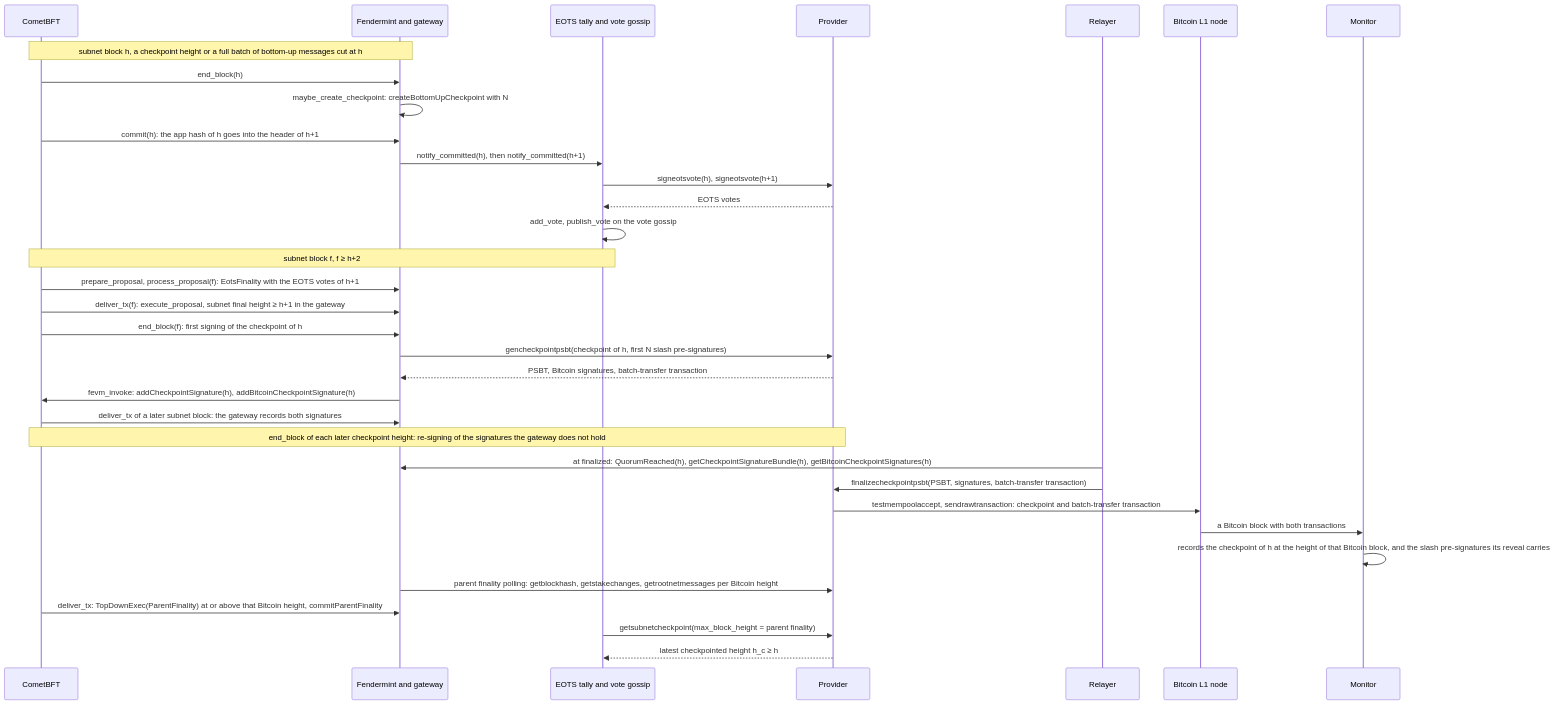
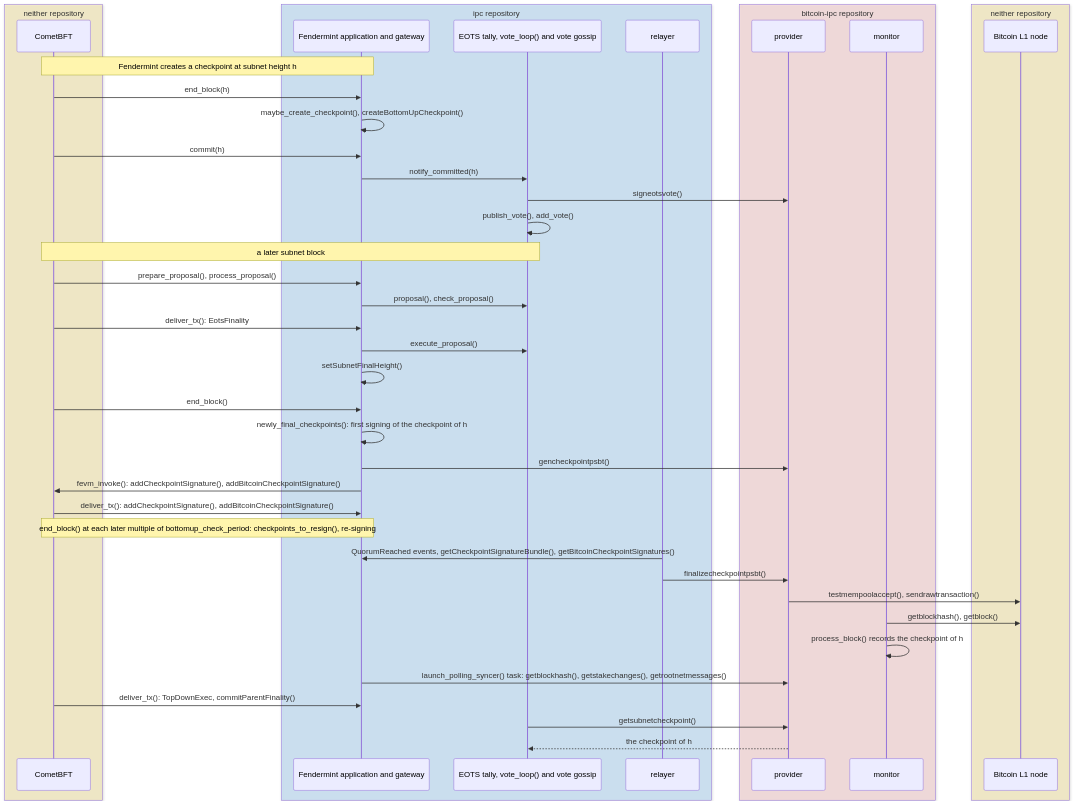
The third of 3 diagrams in docs/architecture/finality-and-checkpoints.md (bitcoinscalinglabs/bitcoin-ipc), drawn with Mermaid before and after one commit. The commit also changed other lines of this file and 96 other files, not shown here.

````diff
--- a/docs/architecture/finality-and-checkpoints.md
+++ b/docs/architecture/finality-and-checkpoints.md
@@ -93,37 +121,47 @@
 ```mermaid
 sequenceDiagram
-  participant CMT as CometBFT
-  participant APP as Fendermint and gateway
-  participant TAL as EOTS tally and vote gossip
-  participant PRV as Provider
-  participant REL as Relayer
-  participant BTC as Bitcoin L1 node
-  participant MON as Monitor
+  box rgba(255,236,153,0.4) neither repository
+    participant CMT as CometBFT
+  end
+  box rgba(165,216,255,0.4) ipc repository
+    participant APP as Fendermint application and gateway
+    participant TAL as EOTS tally, vote_loop() and vote gossip
+    participant REL as relayer
+  end
+  box rgba(255,201,201,0.4) bitcoin-ipc repository
+    participant PRV as provider
+    participant MON as monitor
+  end
+  box rgba(255,236,153,0.4) neither repository
+    participant BTC as Bitcoin L1 node
+  end
 
-  Note over CMT,APP: subnet block h, a checkpoint height or a full batch of bottom-up messages cut at h
+  Note over CMT,APP: Fendermint creates a checkpoint at subnet height h
   CMT->>APP: end_block(h)
-  APP->>APP: maybe_create_checkpoint: createBottomUpCheckpoint with N
-  CMT->>APP: commit(h): the app hash of h goes into the header of h+1
-  APP->>TAL: notify_committed(h), then notify_committed(h+1)
-  TAL->>PRV: signeotsvote(h), signeotsvote(h+1)
-  PRV-->>TAL: EOTS votes
-  TAL->>TAL: add_vote, publish_vote on the vote gossip
-  Note over CMT,TAL: subnet block f, f ≥ h+2
-  CMT->>APP: prepare_proposal, process_proposal(f): EotsFinality with the EOTS votes of h+1
-  CMT->>APP: deliver_tx(f): execute_proposal, subnet final height ≥ h+1 in the gateway
-  CMT->>APP: end_block(f): first signing of the checkpoint of h
-  APP->>PRV: gencheckpointpsbt(checkpoint of h, first N slash pre-signatures)
-  PRV-->>APP: PSBT, Bitcoin signatures, batch-transfer transaction
-  APP->>CMT: fevm_invoke: addCheckpointSignature(h), addBitcoinCheckpointSignature(h)
-  CMT->>APP: deliver_tx of a later subnet block: the gateway records both signatures
-  Note over CMT,PRV: end_block of each later checkpoint height: re-signing of the signatures the gateway does not hold
-  REL->>APP: at finalized: QuorumReached(h), getCheckpointSignatureBundle(h), getBitcoinCheckpointSignatures(h)
-  REL->>PRV: finalizecheckpointpsbt(PSBT, signatures, batch-transfer transaction)
-  PRV->>BTC: testmempoolaccept, sendrawtransaction: checkpoint and batch-transfer transaction
-  BTC->>MON: a Bitcoin block with both transactions
-  MON->>MON: records the checkpoint of h at the height of that Bitcoin block, and the slash pre-signatures its reveal carries
-  APP->>PRV: parent finality polling: getblockhash, getstakechanges, getrootnetmessages per Bitcoin height
-  CMT->>APP: deliver_tx: TopDownExec(ParentFinality) at or above that Bitcoin height, commitParentFinality
-  TAL->>PRV: getsubnetcheckpoint(max_block_height = parent finality)
-  PRV-->>TAL: latest checkpointed height h_c ≥ h
+  APP->>APP: maybe_create_checkpoint(), createBottomUpCheckpoint()
+  CMT->>APP: commit(h)
+  APP->>TAL: notify_committed(h)
+  TAL->>PRV: signeotsvote()
+  TAL->>TAL: publish_vote(), add_vote()
+  Note over CMT,TAL: a later subnet block
+  CMT->>APP: prepare_proposal(), process_proposal()
+  APP->>TAL: proposal(), check_proposal()
+  CMT->>APP: deliver_tx(): EotsFinality
+  APP->>TAL: execute_proposal()
+  APP->>APP: setSubnetFinalHeight()
+  CMT->>APP: end_block()
+  APP->>APP: newly_final_checkpoints(): first signing of the checkpoint of h
+  APP->>PRV: gencheckpointpsbt()
+  APP->>CMT: fevm_invoke(): addCheckpointSignature(), addBitcoinCheckpointSignature()
+  CMT->>APP: deliver_tx(): addCheckpointSignature(), addBitcoinCheckpointSignature()
+  Note over CMT,APP: end_block() at each later multiple of bottomup_check_period: checkpoints_to_resign(), re-signing
+  REL->>APP: QuorumReached events, getCheckpointSignatureBundle(), getBitcoinCheckpointSignatures()
+  REL->>PRV: finalizecheckpointpsbt()
+  PRV->>BTC: testmempoolaccept(), sendrawtransaction()
+  MON->>BTC: getblockhash(), getblock()
+  MON->>MON: process_block() records the checkpoint of h
+  APP->>PRV: launch_polling_syncer() task: getblockhash(), getstakechanges(), getrootnetmessages()
+  CMT->>APP: deliver_tx(): TopDownExec, commitParentFinality()
+  TAL->>PRV: getsubnetcheckpoint()
+  PRV-->>TAL: the checkpoint of h
 ```
````
